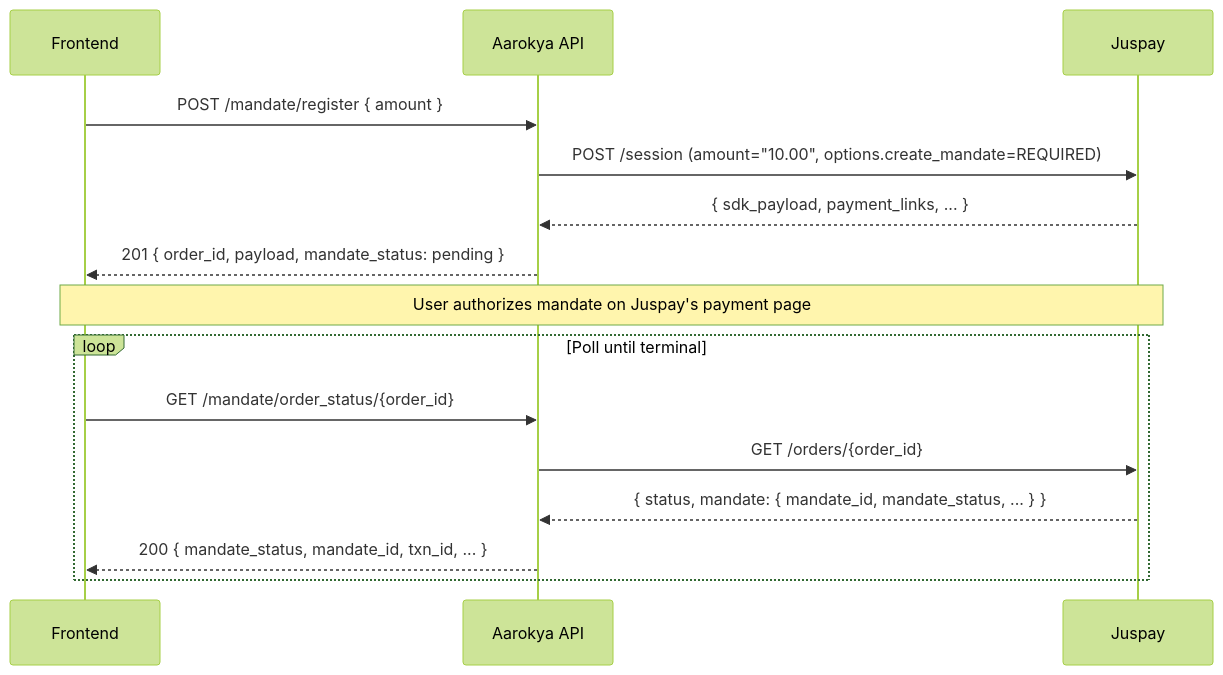
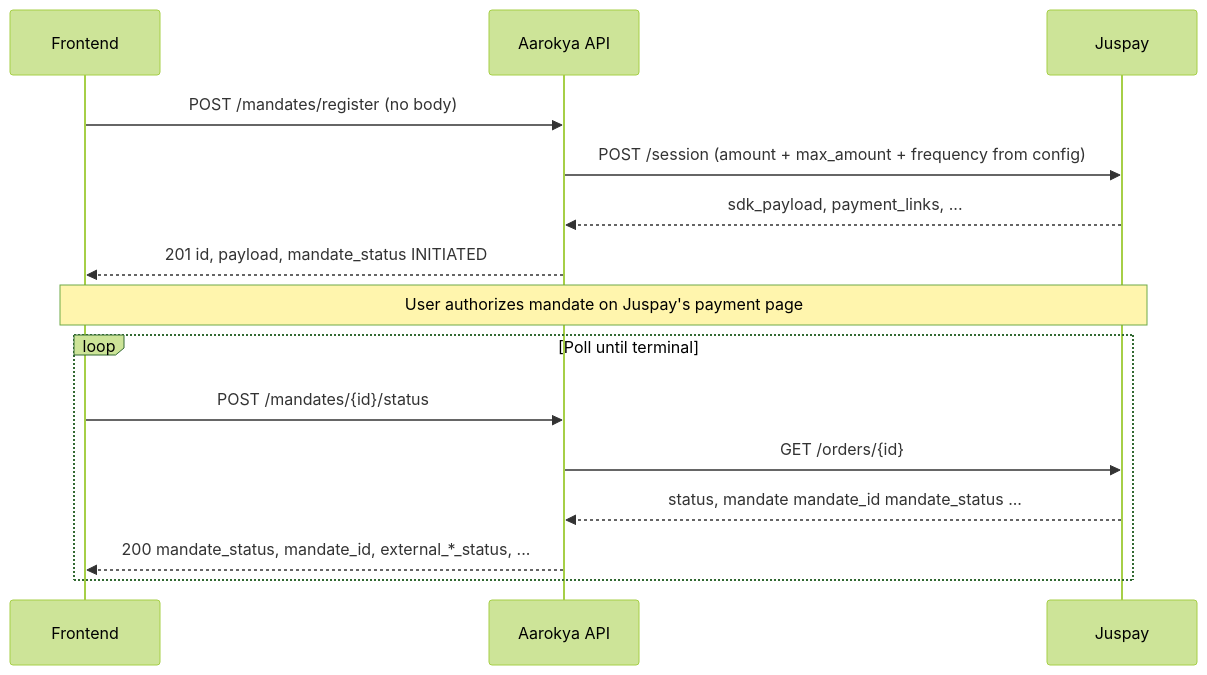
One commit to anu19981/aarokya-backend changed the diagram in api-reference/modules/mandate.mdx. Above: the diagram before and after it, drawn with Mermaid (forest theme). The commit also changed other lines of this file and 82 other files, not shown here.

Commit message:
sync: update api-reference from aarokya-agentic-app

````diff
--- a/api-reference/modules/mandate.mdx
+++ b/api-reference/modules/mandate.mdx
@@ -80,20 +195,20 @@
 ```mermaid
 sequenceDiagram
     participant App as Frontend
     participant Aarokya as Aarokya API
     participant Juspay as Juspay
 
-    App->>Aarokya: POST /mandate/register { amount }
-    Aarokya->>Juspay: POST /session (amount="10.00", options.create_mandate=REQUIRED)
-    Juspay-->>Aarokya: { sdk_payload, payment_links, ... }
-    Aarokya-->>App: 201 { order_id, payload, mandate_status: pending }
+    App->>Aarokya: POST /mandates/register (no body)
+    Aarokya->>Juspay: POST /session (amount + max_amount + frequency from config)
+    Juspay-->>Aarokya: sdk_payload, payment_links, ...
+    Aarokya-->>App: 201 id, payload, mandate_status INITIATED
 
     Note over App,Juspay: User authorizes mandate on Juspay's payment page
 
     loop Poll until terminal
-        App->>Aarokya: GET /mandate/order_status/{order_id}
-        Aarokya->>Juspay: GET /orders/{order_id}
-        Juspay-->>Aarokya: { status, mandate: { mandate_id, mandate_status, ... } }
-        Aarokya-->>App: 200 { mandate_status, mandate_id, txn_id, ... }
+        App->>Aarokya: POST /mandates/{id}/status
+        Aarokya->>Juspay: GET /orders/{id}
+        Juspay-->>Aarokya: status, mandate mandate_id mandate_status ...
+        Aarokya-->>App: 200 mandate_status, mandate_id, external_*_status, ...
     end
 ```
````
